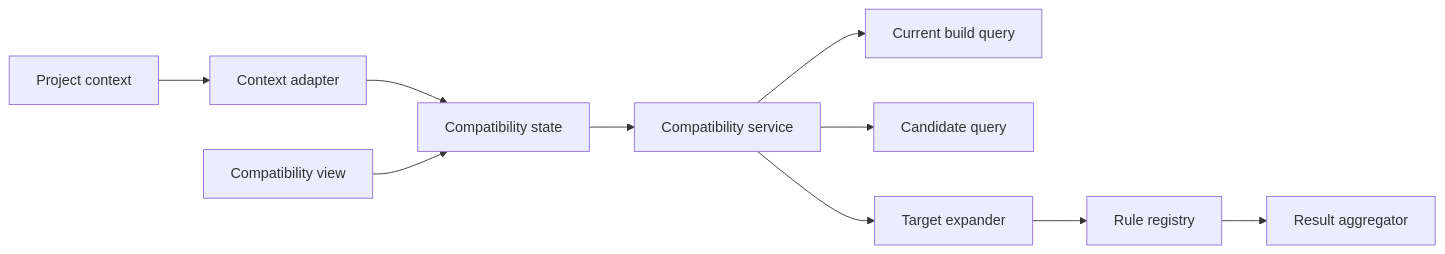
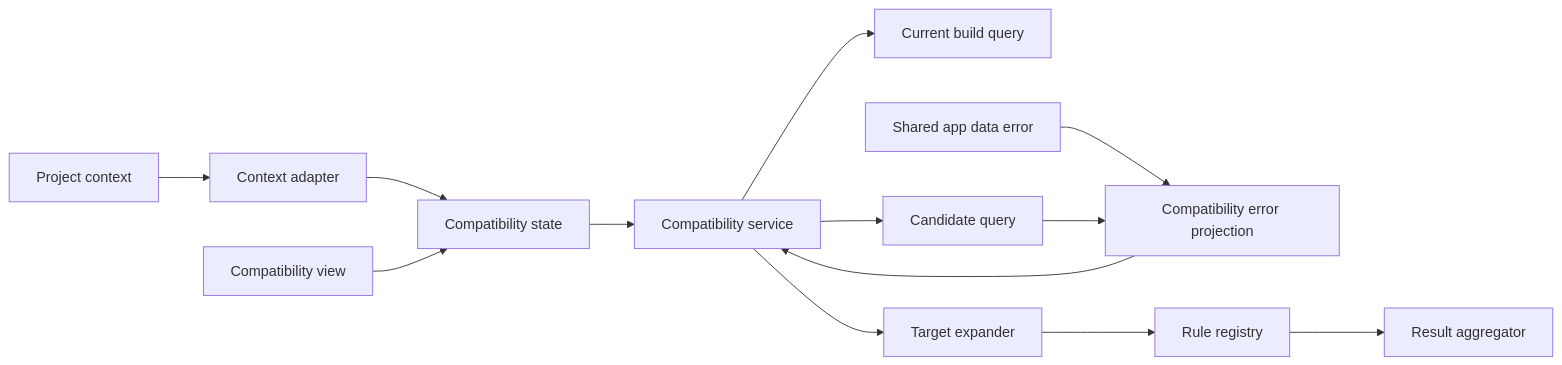
The first of 2 diagrams in .kiro/specs/compatibility-checking/design.md (Huruikagi/pc-build-planner), drawn with Mermaid before and after one commit. The commit also changed other lines of this file and 85 other files, not shown here.

````diff
--- a/.kiro/specs/compatibility-checking/design.md
+++ b/.kiro/specs/compatibility-checking/design.md
@@ -65,12 +75,15 @@
 ```mermaid
 graph LR
     Context[Project context] --> Adapter[Context adapter]
     Adapter --> State[Compatibility state]
     View[Compatibility view] --> State
     State --> Service[Compatibility service]
     Service --> Build[Current build query]
     Service --> Candidates[Candidate query]
+    AppError[Shared app data error] --> ErrorProjection[Compatibility error projection]
+    Candidates --> ErrorProjection
+    ErrorProjection --> Service
     Service --> Expand[Target expander]
     Expand --> Rules[Rule registry]
     Rules --> Aggregate[Result aggregator]
 ```
````
